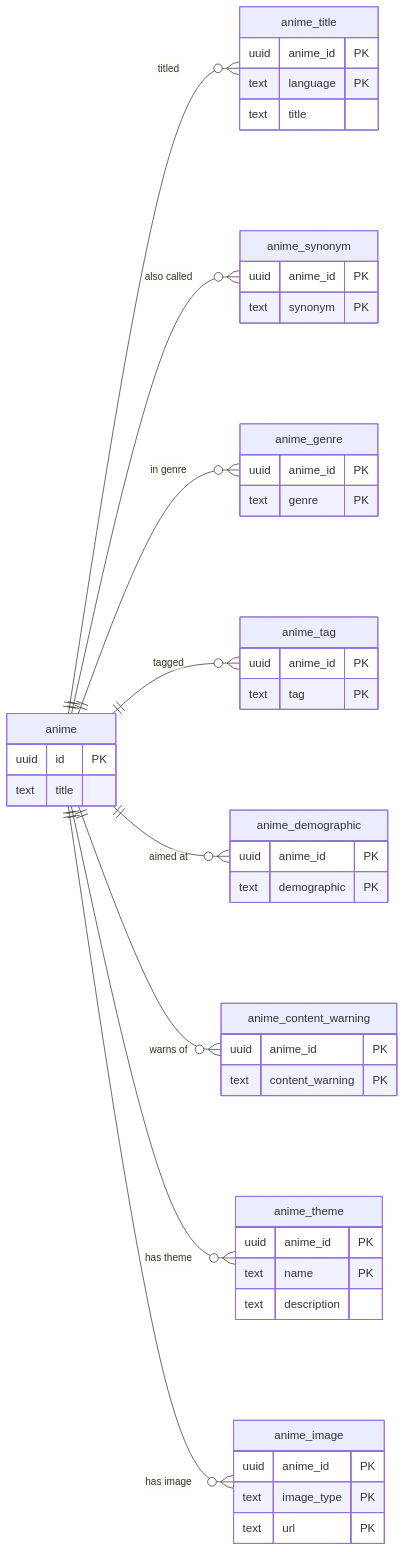
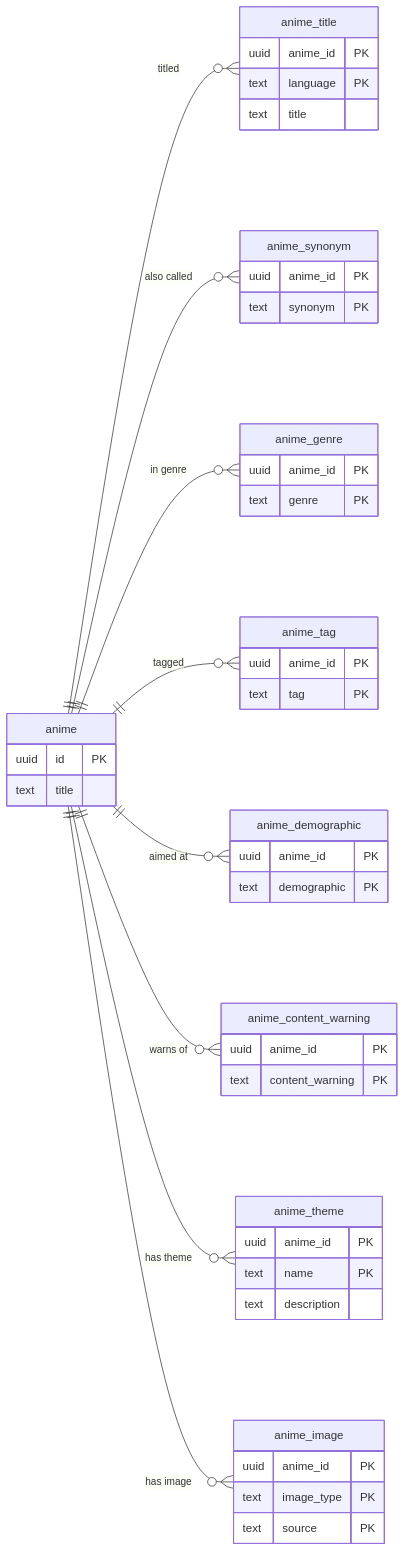
Before and after one commit to adnanaq/echora: the second of 7 diagrams in docs/architecture/Database Schema.md, drawn with Mermaid. The commit also changed other lines of this file and 170 other files, not shown here.

````diff
--- a/docs/architecture/Database Schema.md
+++ b/docs/architecture/Database Schema.md
@@ -130,52 +130,52 @@
 ```mermaid
 erDiagram
   direction LR
   anime ||--o{ anime_title : "titled"
   anime ||--o{ anime_synonym : "also called"
   anime ||--o{ anime_genre : "in genre"
   anime ||--o{ anime_tag : "tagged"
   anime ||--o{ anime_demographic : "aimed at"
   anime ||--o{ anime_content_warning : "warns of"
   anime ||--o{ anime_theme : "has theme"
   anime ||--o{ anime_image : "has image"
 
   anime {
     uuid id PK
     text title
   }
   anime_title {
     uuid anime_id PK
     text language PK
     text title
   }
   anime_synonym {
     uuid anime_id PK
     text synonym PK
   }
   anime_genre {
     uuid anime_id PK
     text genre PK
   }
   anime_tag {
     uuid anime_id PK
     text tag PK
   }
   anime_demographic {
     uuid anime_id PK
     text demographic PK
   }
   anime_content_warning {
     uuid anime_id PK
     text content_warning PK
   }
   anime_theme {
     uuid anime_id PK
     text name PK
     text description
   }
   anime_image {
     uuid anime_id PK
     text image_type PK
-    text url PK
+    text source PK
   }
 ```
````
